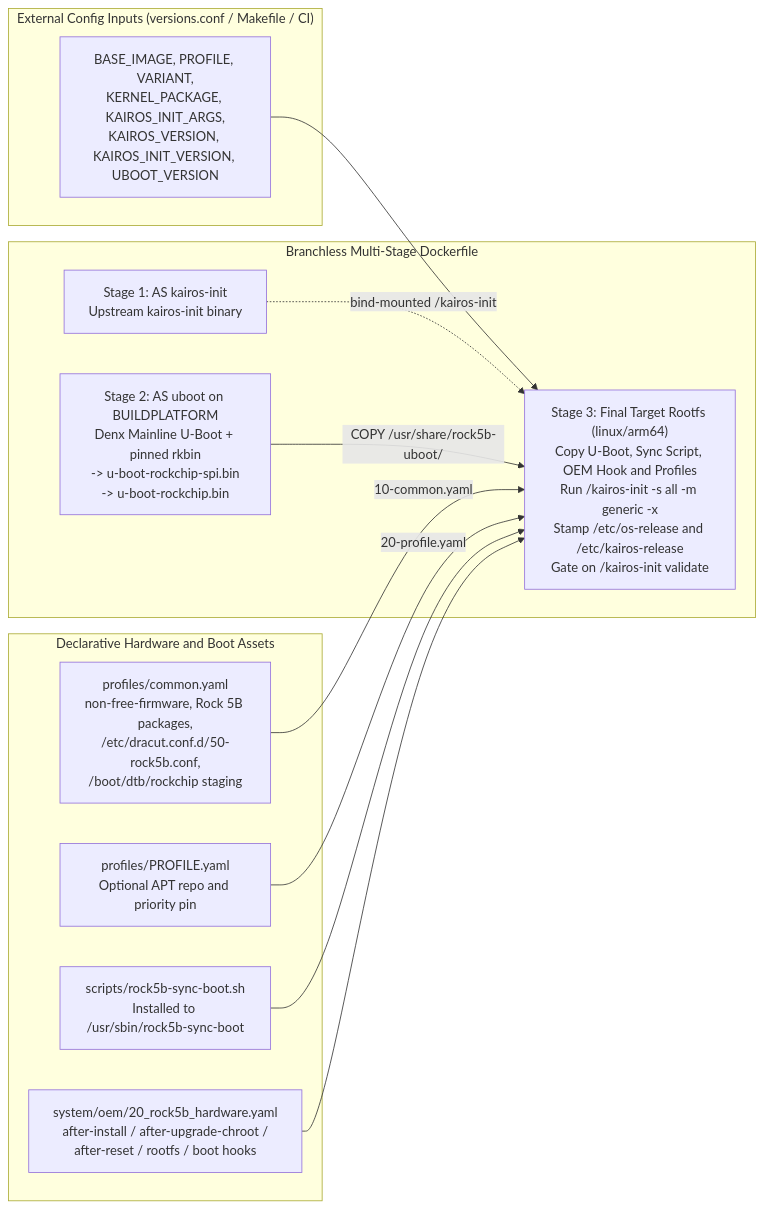
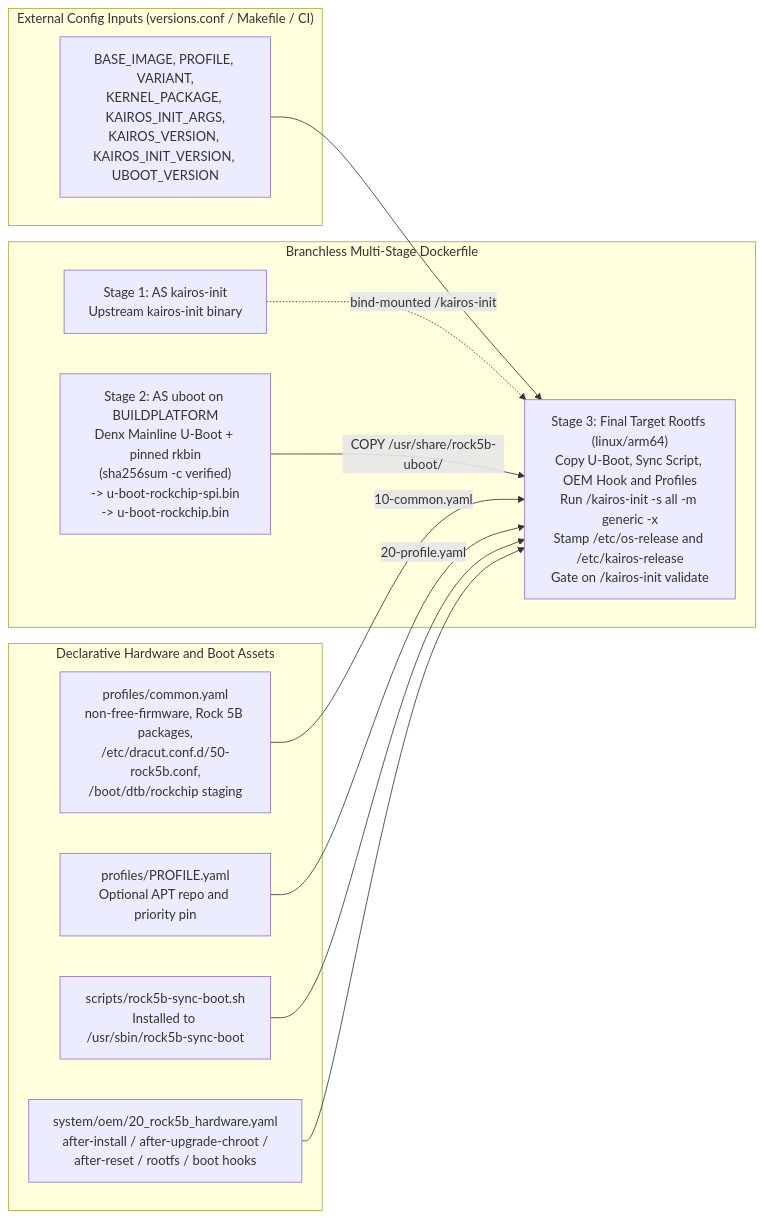
Before and after one commit to MyChaOS87/kairos-rock5b: the first of 4 diagrams in docs/ARCHITECTURE.md, drawn with Mermaid. The commit also changed other lines of this file and 6 other files, not shown here.

First line of the commit message:
bugfix(boot): verify firmware SHA-256 checksums and harden ESP unmount cleanup

````diff
--- a/docs/ARCHITECTURE.md
+++ b/docs/ARCHITECTURE.md
@@ -11,27 +11,27 @@
 ```mermaid
 flowchart LR
     subgraph Inputs["External Config Inputs (versions.conf / Makefile / CI)"]
         Env["BASE_IMAGE, PROFILE, VARIANT,\nKERNEL_PACKAGE, KAIROS_INIT_ARGS,\nKAIROS_VERSION, KAIROS_INIT_VERSION, UBOOT_VERSION"]
     end
 
     subgraph Repo["Declarative Hardware and Boot Assets"]
         Common["profiles/common.yaml\nnon-free-firmware, Rock 5B packages,\n/etc/dracut.conf.d/50-rock5b.conf,\n/boot/dtb/rockchip staging"]
         Prof["profiles/PROFILE.yaml\nOptional APT repo and priority pin"]
         Sync["scripts/rock5b-sync-boot.sh\nInstalled to /usr/sbin/rock5b-sync-boot"]
         OEM["system/oem/20_rock5b_hardware.yaml\nafter-install / after-upgrade-chroot /\nafter-reset / rootfs / boot hooks"]
     end
 
     subgraph Build["Branchless Multi-Stage Dockerfile"]
         S1["Stage 1: AS kairos-init\nUpstream kairos-init binary"]
-        S2["Stage 2: AS uboot on BUILDPLATFORM\nDenx Mainline U-Boot + pinned rkbin\n-> u-boot-rockchip-spi.bin\n-> u-boot-rockchip.bin"]
+        S2["Stage 2: AS uboot on BUILDPLATFORM\nDenx Mainline U-Boot + pinned rkbin\n(sha256sum -c verified)\n-> u-boot-rockchip-spi.bin\n-> u-boot-rockchip.bin"]
         S3["Stage 3: Final Target Rootfs (linux/arm64)\nCopy U-Boot, Sync Script, OEM Hook and Profiles\nRun /kairos-init -s all -m generic -x\nStamp /etc/os-release and /etc/kairos-release\nGate on /kairos-init validate"]
     end
 
     Env --> S3
     S1 -.->|"bind-mounted /kairos-init"| S3
     S2 -->|"COPY /usr/share/rock5b-uboot/"| S3
     Common -->|"10-common.yaml"| S3
     Prof -->|"20-profile.yaml"| S3
     Sync --> S3
     OEM --> S3
 ```
````
